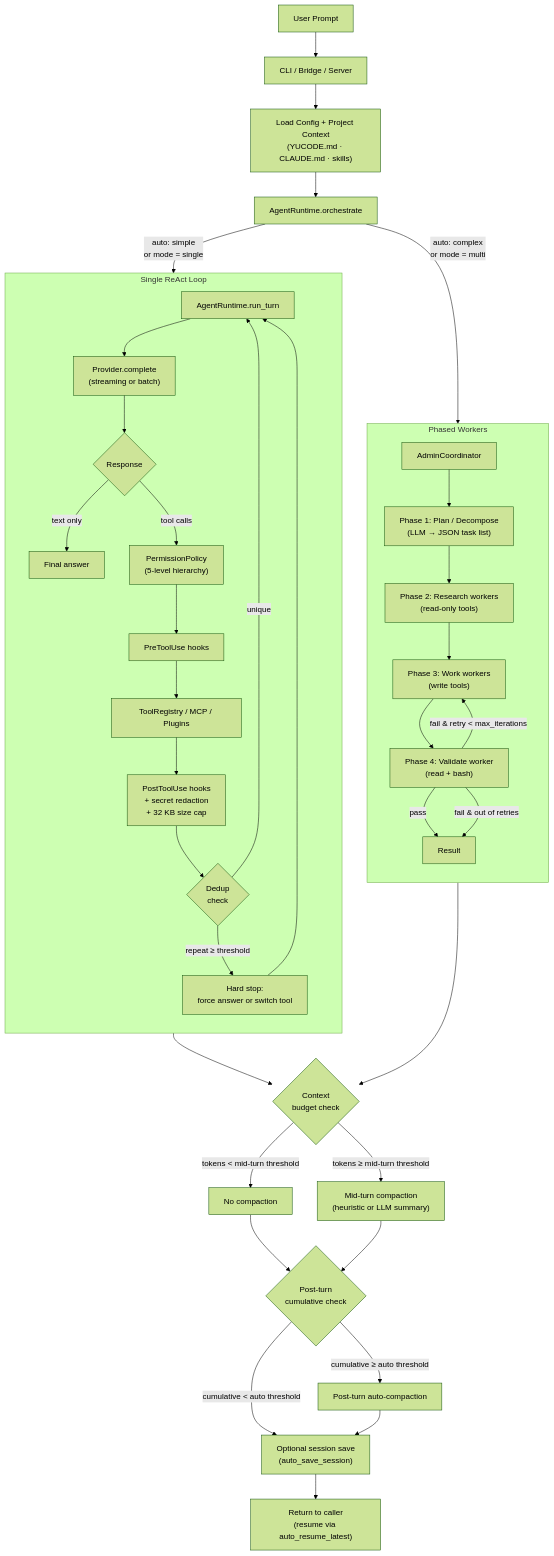
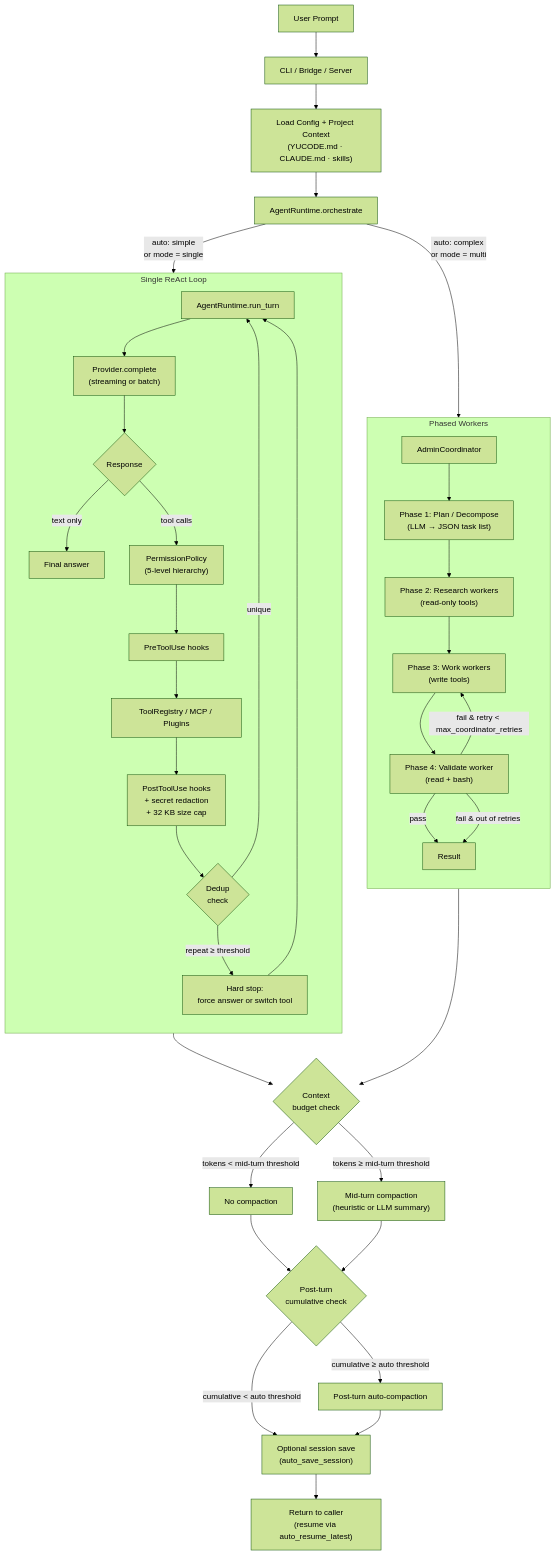
Before and after one commit to yutsang/yucode: the diagram in README.md, drawn with Mermaid (forest theme). The commit also changed other lines of this file and 12 other files, not shown here.

````diff
--- a/README.md
+++ b/README.md
@@ -44,46 +44,46 @@
 ```mermaid
 flowchart TD
     User["User Prompt"] --> CLI["CLI / Bridge / Server"]
     CLI --> Context["Load Config + Project Context\n(YUCODE.md · CLAUDE.md · skills)"]
     Context --> Orchestrate["AgentRuntime.orchestrate"]
     Orchestrate -->|"auto: simple\nor mode = single"| SingleLoop
 
     subgraph SingleLoop ["Single ReAct Loop"]
         direction TB
         S1["AgentRuntime.run_turn"] --> S2["Provider.complete\n(streaming or batch)"]
         S2 --> S3{"Response"}
         S3 -->|"text only"| S4["Final answer"]
         S3 -->|"tool calls"| S5["PermissionPolicy\n(5-level hierarchy)"]
         S5 --> S6["PreToolUse hooks"]
         S6 --> S7["ToolRegistry / MCP / Plugins"]
         S7 --> S8["PostToolUse hooks\n+ secret redaction\n+ 32 KB size cap"]
         S8 --> Dedup{"Dedup\ncheck"}
         Dedup -->|"unique"| S1
         Dedup -->|"repeat ≥ threshold"| HardStop["Hard stop:\nforce answer or switch tool"]
         HardStop --> S1
     end
 
     Orchestrate -->|"auto: complex\nor mode = multi"| Admin["AdminCoordinator"]
 
     subgraph MultiPhase ["Phased Workers"]
         direction TB
         Admin --> Plan["Phase 1: Plan / Decompose\n(LLM → JSON task list)"]
         Plan --> Research["Phase 2: Research workers\n(read-only tools)"]
         Research --> Work["Phase 3: Work workers\n(write tools)"]
         Work --> Validate["Phase 4: Validate worker\n(read + bash)"]
         Validate -->|"pass"| Done["Result"]
-        Validate -->|"fail & retry < max_iterations"| Work
+        Validate -->|"fail & retry < max_coordinator_retries"| Work
         Validate -->|"fail & out of retries"| Done
     end
 
     SingleLoop --> Budget{"Context\nbudget check"}
     MultiPhase --> Budget
     Budget -->|"tokens < mid-turn threshold"| Compact1["No compaction"]
     Budget -->|"tokens ≥ mid-turn threshold"| Compact2["Mid-turn compaction\n(heuristic or LLM summary)"]
     Compact1 --> PostCheck{"Post-turn\ncumulative check"}
     Compact2 --> PostCheck
     PostCheck -->|"cumulative < auto threshold"| Save["Optional session save\n(auto_save_session)"]
     PostCheck -->|"cumulative ≥ auto threshold"| AutoCompact["Post-turn auto-compaction"]
     AutoCompact --> Save
     Save --> Out["Return to caller\n(resume via auto_resume_latest)"]
 ```
````
